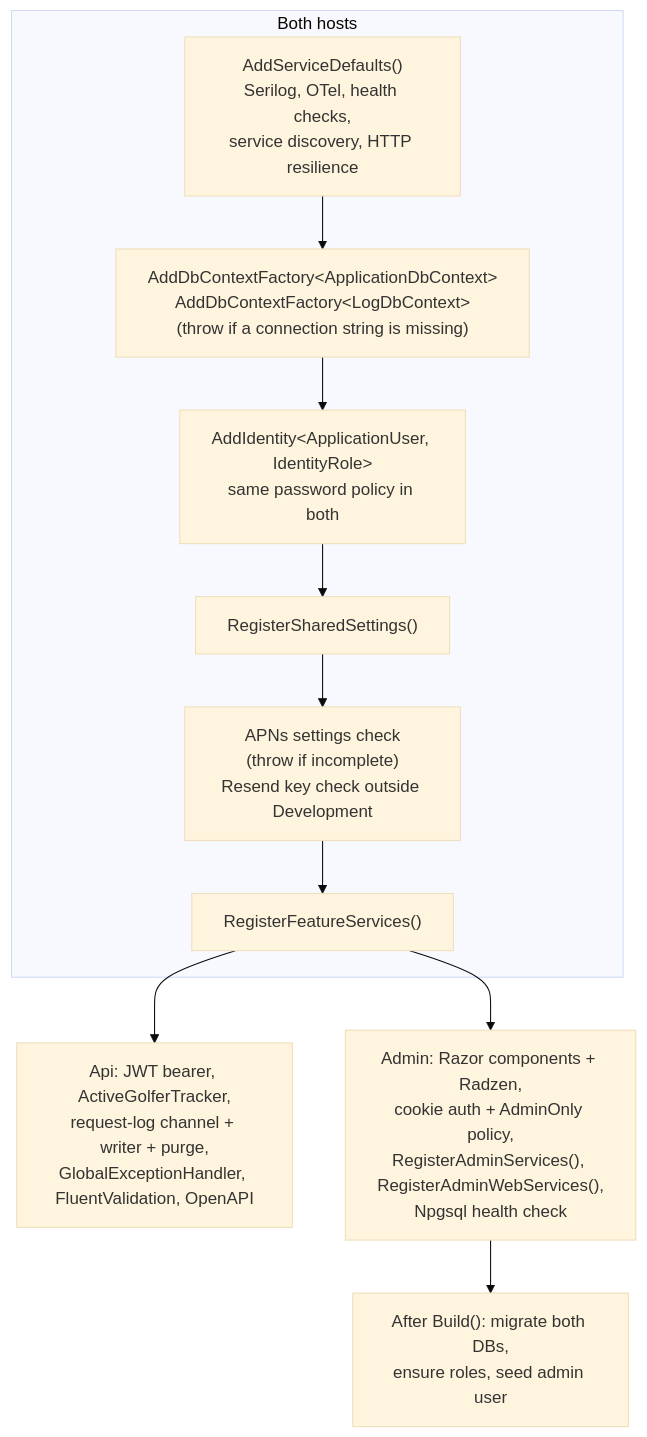
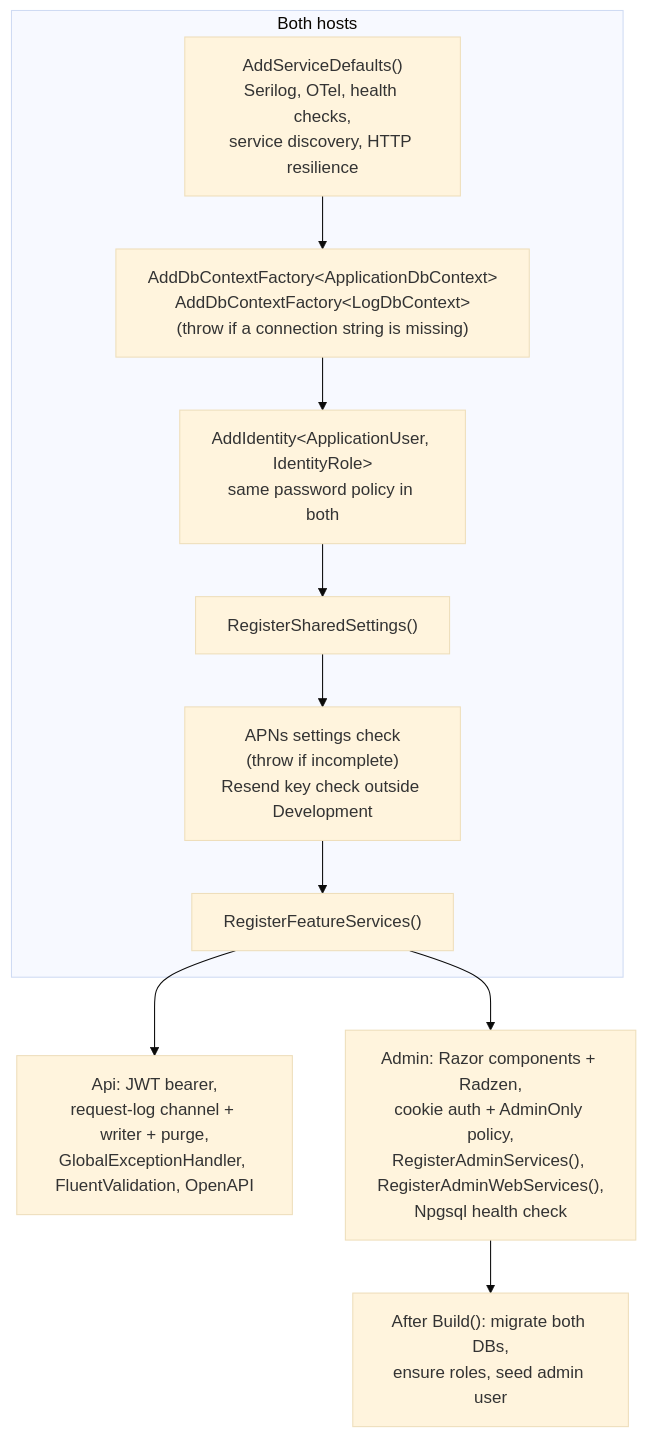
The first of 2 diagrams in docs/architecture/hosting-and-configuration.md (georgebjork/FairwayFinder), drawn with Mermaid (base theme) before and after one commit. The commit also changed other lines of this file and 56 other files, not shown here.

````diff
--- a/docs/architecture/hosting-and-configuration.md
+++ b/docs/architecture/hosting-and-configuration.md
@@ -7,15 +7,15 @@
 ```mermaid
 flowchart TD
     subgraph both["Both hosts"]
         sd["AddServiceDefaults()<br/>Serilog, OTel, health checks,<br/>service discovery, HTTP resilience"]
         db["AddDbContextFactory&lt;ApplicationDbContext&gt;<br/>AddDbContextFactory&lt;LogDbContext&gt;<br/>(throw if a connection string is missing)"]
         idn["AddIdentity&lt;ApplicationUser, IdentityRole&gt;<br/>same password policy in both"]
         set["RegisterSharedSettings()"]
         apns["APNs settings check<br/>(throw if incomplete)<br/>Resend key check outside Development"]
         feat["RegisterFeatureServices()"]
         sd --> db --> idn --> set --> apns --> feat
     end
-    feat --> apiOnly["Api: JWT bearer, ActiveGolferTracker,<br/>request-log channel + writer + purge,<br/>GlobalExceptionHandler, FluentValidation, OpenAPI"]
+    feat --> apiOnly["Api: JWT bearer,<br/>request-log channel + writer + purge,<br/>GlobalExceptionHandler, FluentValidation, OpenAPI"]
     feat --> adminOnly["Admin: Razor components + Radzen,<br/>cookie auth + AdminOnly policy,<br/>RegisterAdminServices(), RegisterAdminWebServices(),<br/>Npgsql health check"]
     adminOnly --> mig["After Build(): migrate both DBs,<br/>ensure roles, seed admin user"]
 ```
````
